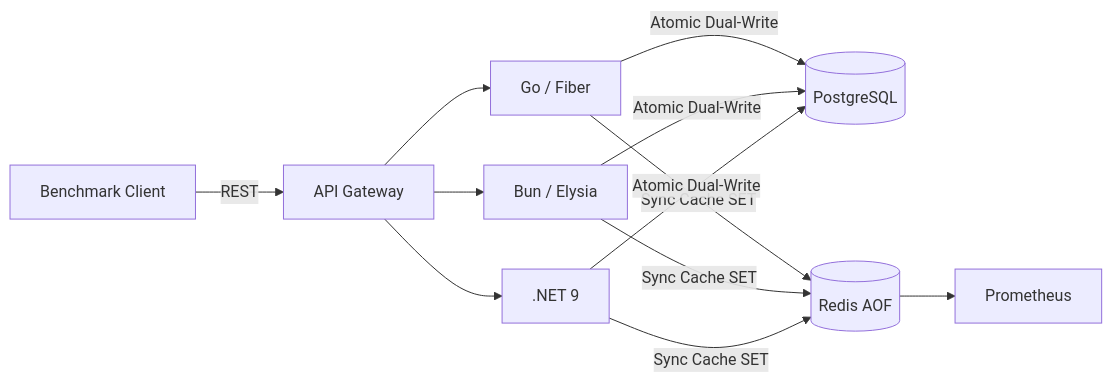
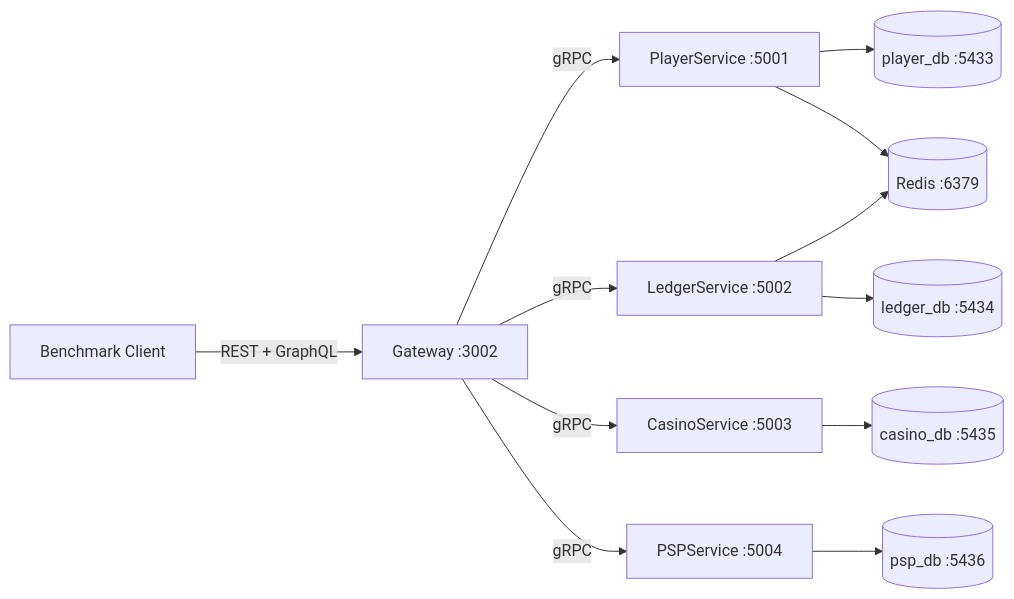
Before and after one commit to BlueRexPY/EcosystemWebApiPerformance: the diagram in README.md, drawn with Mermaid. The commit also changed other lines of this file and 118 other files, not shown here.

````diff
--- a/README.md
+++ b/README.md
@@ -26,14 +28,14 @@
 ```mermaid
 graph LR
-    Client[Benchmark Client] -->|REST| GW[API Gateway]
-    GW --> Go[Go / Fiber]
-    GW --> JS[Bun / Elysia]
-    GW --> CS[.NET 9]
-    Go -->|Atomic Dual-Write| PG[(PostgreSQL)]
-    Go -->|Sync Cache SET| R[(Redis AOF)]
-    JS -->|Atomic Dual-Write| PG
-    JS -->|Sync Cache SET| R
-    CS -->|Atomic Dual-Write| PG
-    CS -->|Sync Cache SET| R
-    R --> Prom[Prometheus]
+    Client[Benchmark Client] -->|REST + GraphQL| GW[Gateway :3002]
+    GW -->|gRPC| Player[PlayerService :5001]
+    GW -->|gRPC| Ledger[LedgerService :5002]
+    GW -->|gRPC| Casino[CasinoService :5003]
+    GW -->|gRPC| PSP[PSPService :5004]
+    Player --> PG1[(player_db :5433)]
+    Ledger --> PG2[(ledger_db :5434)]
+    Casino --> PG3[(casino_db :5435)]
+    PSP --> PG4[(psp_db :5436)]
+    Player --> R[(Redis :6379)]
+    Ledger --> R
 ```
````
